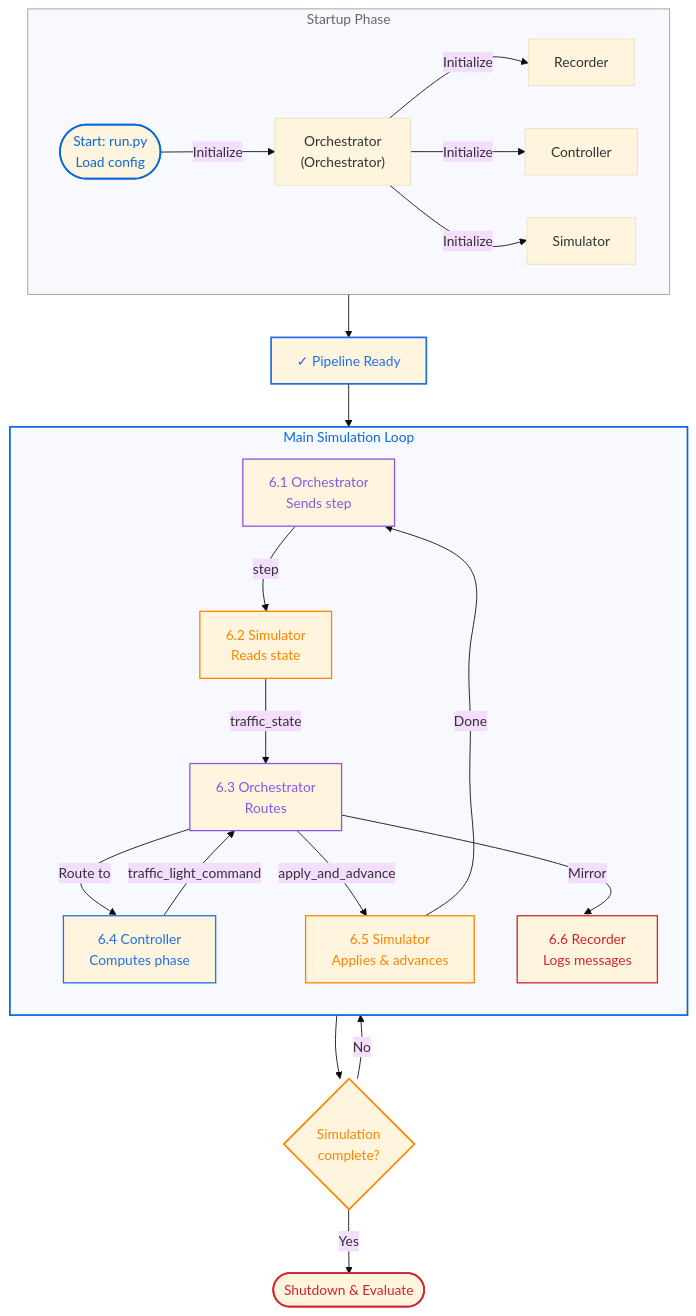
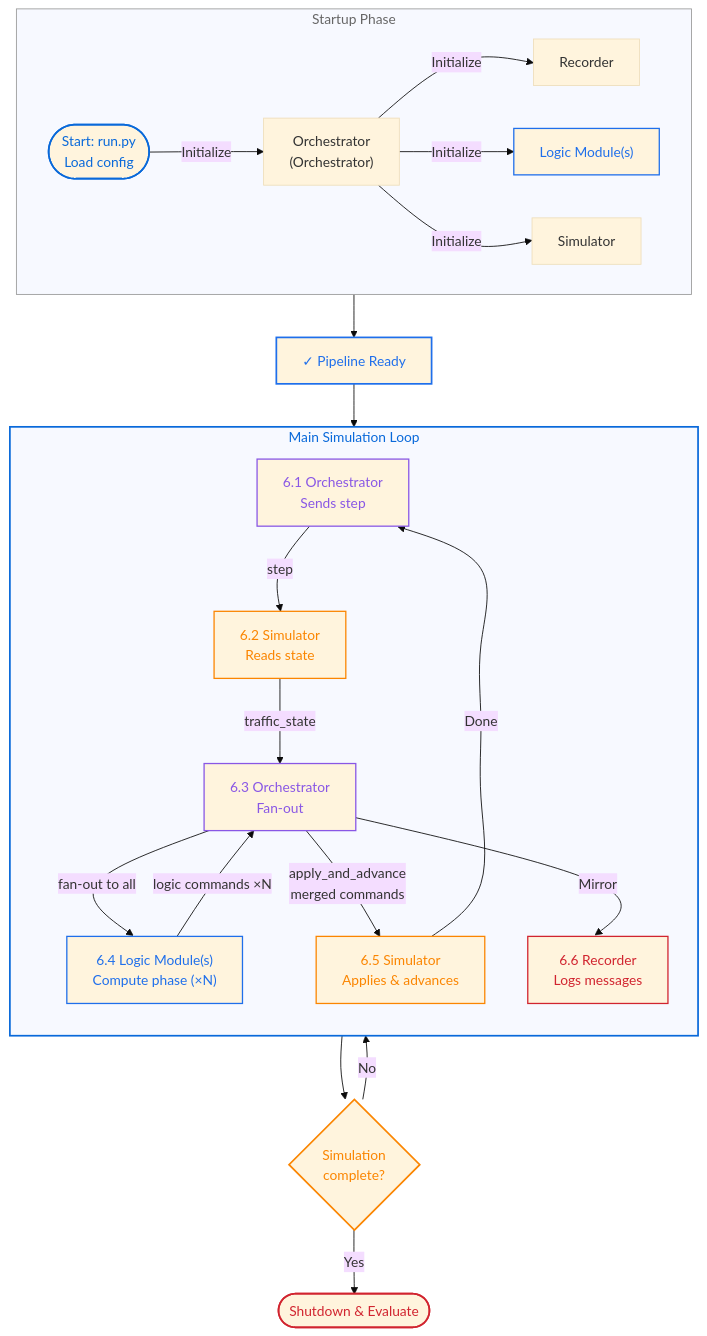
Before and after one commit to ivt-baug-ethz/fedora_platform: the second of 2 diagrams in README.md, drawn with Mermaid. The commit also changed other lines of this file and 14 other files, not shown here.

````diff
--- a/README.md
+++ b/README.md
@@ -171,53 +171,54 @@
 ```mermaid
 %%{init: {'flowchart': {'curve': 'natural'}, 'theme': 'base'}}%%
 graph TB
     Start(["Start: run.py<br/>Load config"])
 
     subgraph startup["Startup Phase"]
         direction LR
         Start -->|Initialize| Con["Orchestrator<br/>(Orchestrator)"]
         Con -->|Initialize| Rec["Recorder"]
-        Con -->|Initialize| Ctrl["Controller"]
+        Con -->|Initialize| LMs["Logic Module(s)"]
         Con -->|Initialize| Sim["Simulator"]
     end
 
     startup --> Ready["✓ Pipeline Ready"]
 
     subgraph loop["Main Simulation Loop"]
         direction TB
         Con0["6.1 Orchestrator<br/>Sends step"]
         Sim1["6.2 Simulator<br/>Reads state"]
-        Con1["6.3 Orchestrator<br/>Routes"]
-        Ctrl1["6.4 Controller<br/>Computes phase"]
+        Con1["6.3 Orchestrator<br/>Fan-out"]
+        LM1["6.4 Logic Module(s)<br/>Compute phase (×N)"]
         Sim2["6.5 Simulator<br/>Applies & advances"]
         Rec1["6.6 Recorder<br/>Logs messages"]
 
         Con0 -->|step| Sim1
         Sim1 -->|traffic_state| Con1
-        Con1 -->|Route to| Ctrl1
-        Ctrl1 -->|traffic_light_command| Con1
-        Con1 -->|apply_and_advance| Sim2
+        Con1 -->|fan-out to all| LM1
+        LM1 -->|logic commands ×N| Con1
+        Con1 -->|apply_and_advance<br/>merged commands| Sim2
         Con1 -->|Mirror| Rec1
         Sim2 -->|Done| Con0
     end
 
     Ready --> loop
     Sim2 --> Check{Simulation<br/>complete?}
 
     Check -->|No| Con0
     Check -->|Yes| End(["Shutdown & Evaluate"])
 
     %% Styling: no fill, colors adapt to theme
     style Start stroke:#0969da,stroke-width:2px,color:#0969da
     style Ready stroke:#1f6feb,stroke-width:2px,color:#1f6feb
     style Con0 stroke:#8957e5,stroke-width:1.5px,color:#8957e5
     style Sim1 stroke:#fb8500,stroke-width:1.5px,color:#fb8500
     style Sim2 stroke:#fb8500,stroke-width:1.5px,color:#fb8500
     style Con1 stroke:#8957e5,stroke-width:1.5px,color:#8957e5
-    style Ctrl1 stroke:#1f6feb,stroke-width:1.5px,color:#1f6feb
+    style LM1 stroke:#1f6feb,stroke-width:1.5px,color:#1f6feb
+    style LMs stroke:#1f6feb,stroke-width:1.5px,color:#1f6feb
     style Rec1 stroke:#d1242f,stroke-width:1.5px,color:#d1242f
     style Check stroke:#fb8500,stroke-width:2px,color:#fb8500
     style End stroke:#d1242f,stroke-width:2px,color:#d1242f
     style startup stroke:#999,stroke-width:1px,color:#666
     style loop stroke:#0969da,stroke-width:2px,color:#0969da
 ```
````
